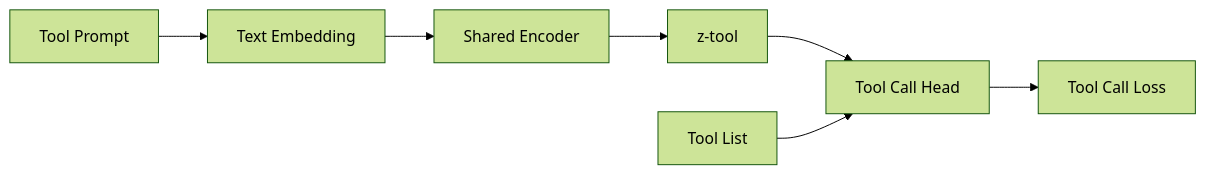
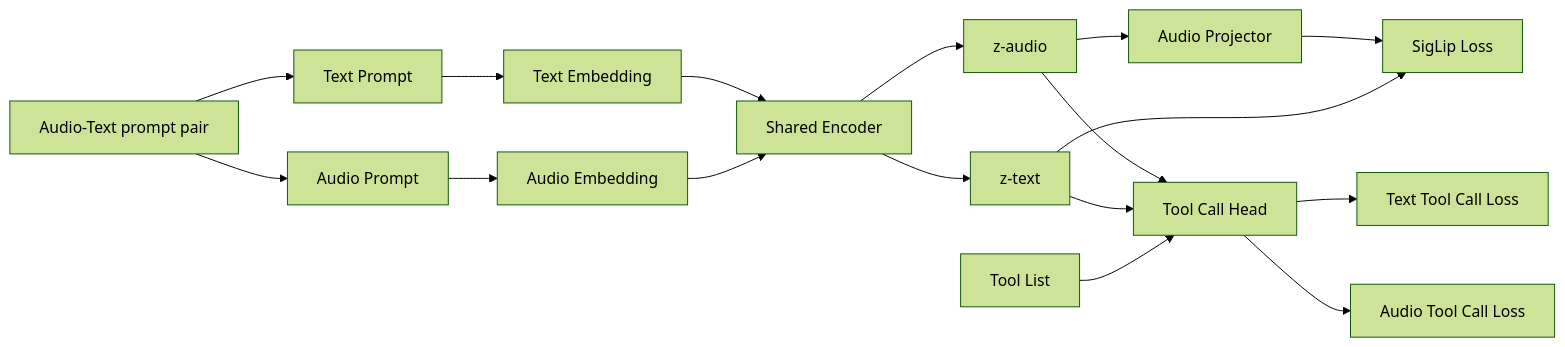
One commit to cactus-compute/needle changed the third of 4 diagrams in docs/posttraining.md. Above: the diagram before and after it, drawn with Mermaid (forest theme). The commit also changed other lines of this file and 1 other file, not shown here.

Commit message:
new diagram for v3, which is now favorite

````diff
--- a/docs/posttraining.md
+++ b/docs/posttraining.md
@@ -29,16 +66,28 @@
 ```mermaid
 graph LR
     %% Inputs
-    Tool_in[Tool Prompt] --> T_emb[Text Embedding]
+    AT_pair[Audio-Text prompt pair] --> A_in[Audio Prompt]
+    AT_pair --> T_in[Text Prompt]
+    A_in --> A_emb[Audio Embedding]
+    T_in --> T_emb[Text Embedding]
 
     %% Embeddings to Encoder
     T_emb --> Enc[Shared Encoder]
+    A_emb --> Enc
 
     %% Encoder to Latents
-    Enc --> ZTool[z-tool]
+    Enc --> ZA[z-audio]
+    Enc --> ZT[z-text]
+
+    %%  Contrastive Alignment Branch
+    ZA --> Proj[Audio Projector]
+    Proj --> C_loss[SigLip Loss]
+    ZT --> C_loss
 
     %% Tool Call Branch
-    ZTool --> Tool_dec[Tool Call Head]
-    ToolList[Tool List] --> Tool_dec
-    Tool_dec --> Tool_loss[Tool Call Loss]
+    ZA --> Tool_dec[Tool Call Head]
+    ZT --> Tool_dec
+    P_in[Tool List] --> Tool_dec
+    Tool_dec --> Tool_loss[Text Tool Call Loss]
+    Tool_dec --> ATool_loss[Audio Tool Call Loss]
 ```
````
